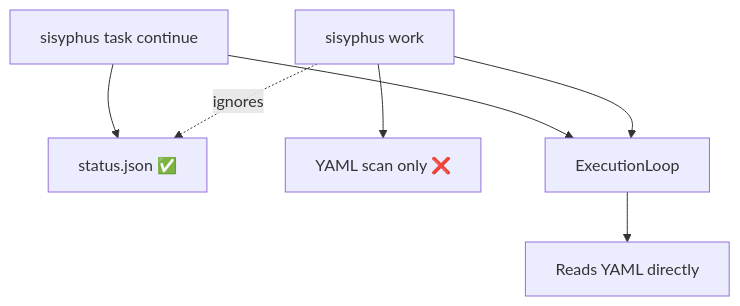
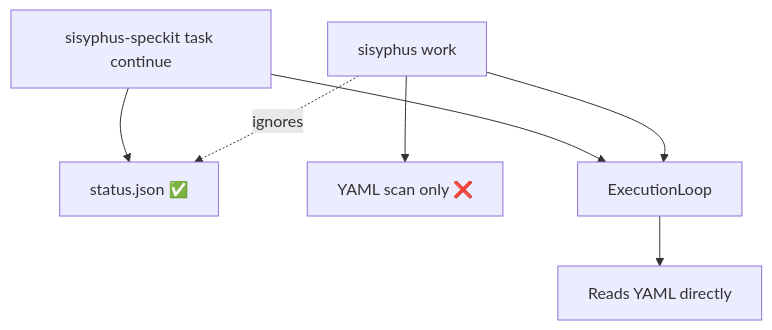
Before and after one commit to code-yeongyu/sisyphus-private: the first of 2 diagrams in projects/sisyphus-cli/docs/MIGRATION_STATUS_JSON.md, drawn with Mermaid. The commit also changed other lines of this file and 11 other files, not shown here.

First line of the commit message:
docs: update remaining markdown files with sisyphus-speckit commands

````diff
--- a/projects/sisyphus-cli/docs/MIGRATION_STATUS_JSON.md
+++ b/projects/sisyphus-cli/docs/MIGRATION_STATUS_JSON.md
@@ -22,10 +22,10 @@
 ```mermaid
 graph TB
-    TC[sisyphus task continue] --> STATUS[status.json ✅]
+    TC[sisyphus-speckit task continue] --> STATUS[status.json ✅]
     WORK[sisyphus work] -.ignores.-> STATUS
     WORK --> YAML[YAML scan only ❌]
 
     TC --> LOOP[ExecutionLoop]
     WORK --> LOOP
     LOOP --> YAML2[Reads YAML directly]
 ```
````
